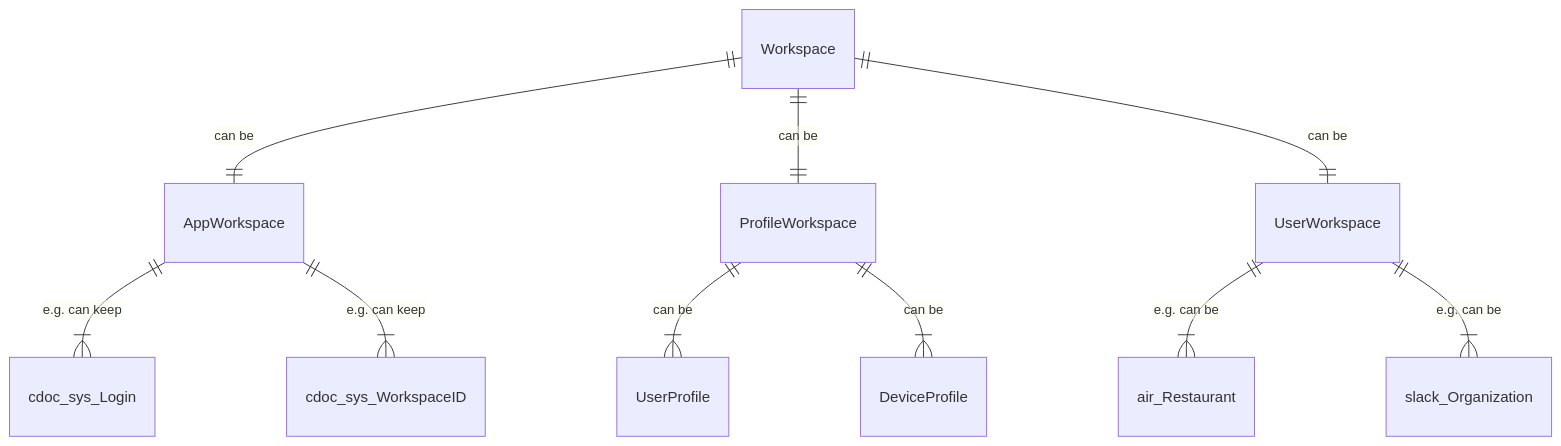
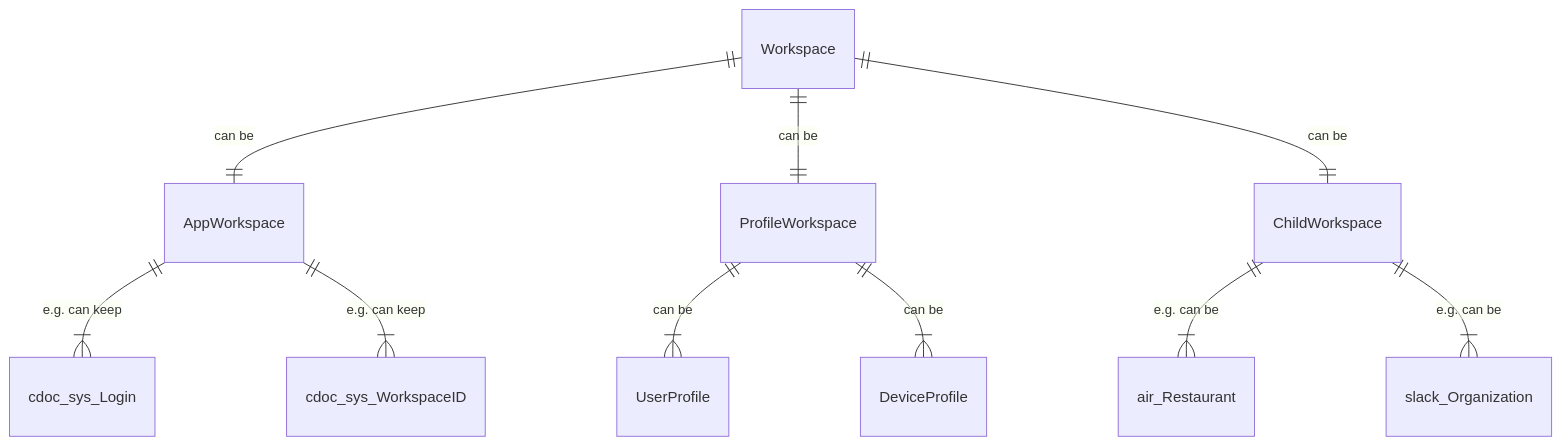
Before and after one commit to voedger/voedger: the first of 3 diagrams in design/workspaces/README.md, drawn with Mermaid. The commit also changed other lines of this file, not shown here.

````diff
--- a/design/workspaces/README.md
+++ b/design/workspaces/README.md
@@ -36,15 +36,15 @@
 ```mermaid
 erDiagram
   Workspace||--|| AppWorkspace: "can be"
   Workspace||--|| ProfileWorkspace: "can be"
-  Workspace||--|| UserWorkspace: "can be"
+  Workspace||--|| ChildWorkspace: "can be"
 
   AppWorkspace ||--|{ cdoc_sys_Login: "e.g. can keep"
   AppWorkspace ||--|{ cdoc_sys_WorkspaceID: "e.g. can keep"
 
   ProfileWorkspace ||--|{ UserProfile: "can be"
   ProfileWorkspace ||--|{ DeviceProfile: "can be"
 
-  UserWorkspace ||--|{ air_Restaurant: "e.g. can be"
-  UserWorkspace ||--|{ slack_Organization: "e.g. can be"
+  ChildWorkspace ||--|{ air_Restaurant: "e.g. can be"
+  ChildWorkspace ||--|{ slack_Organization: "e.g. can be"
 ```
````
